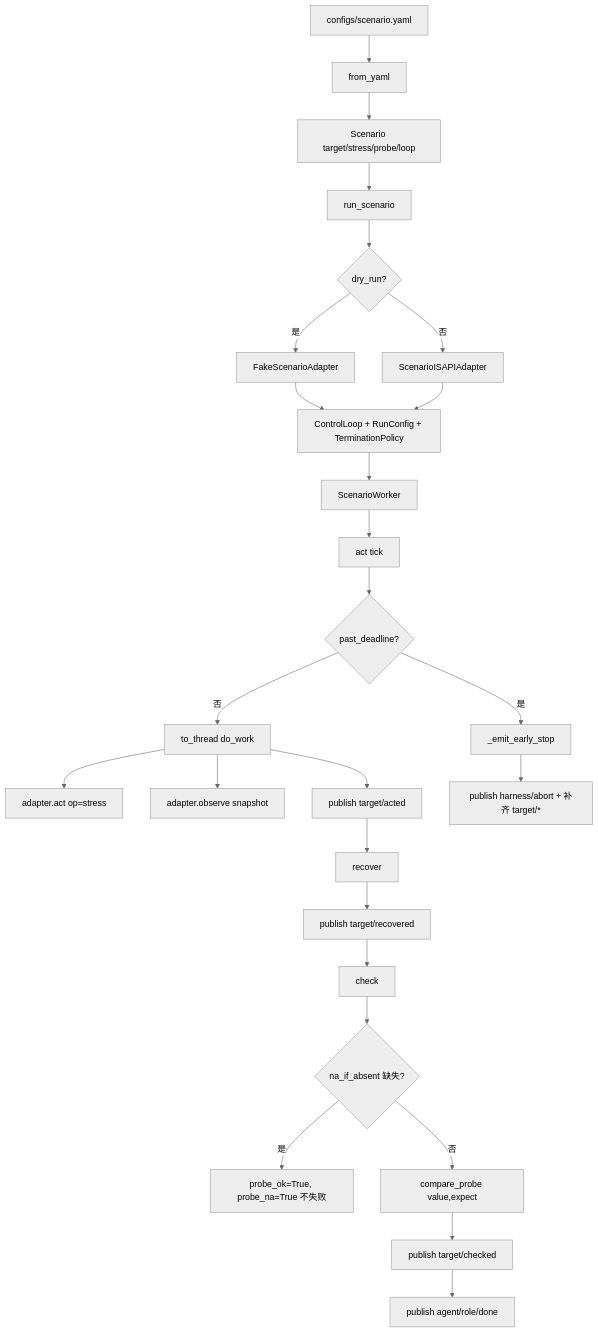
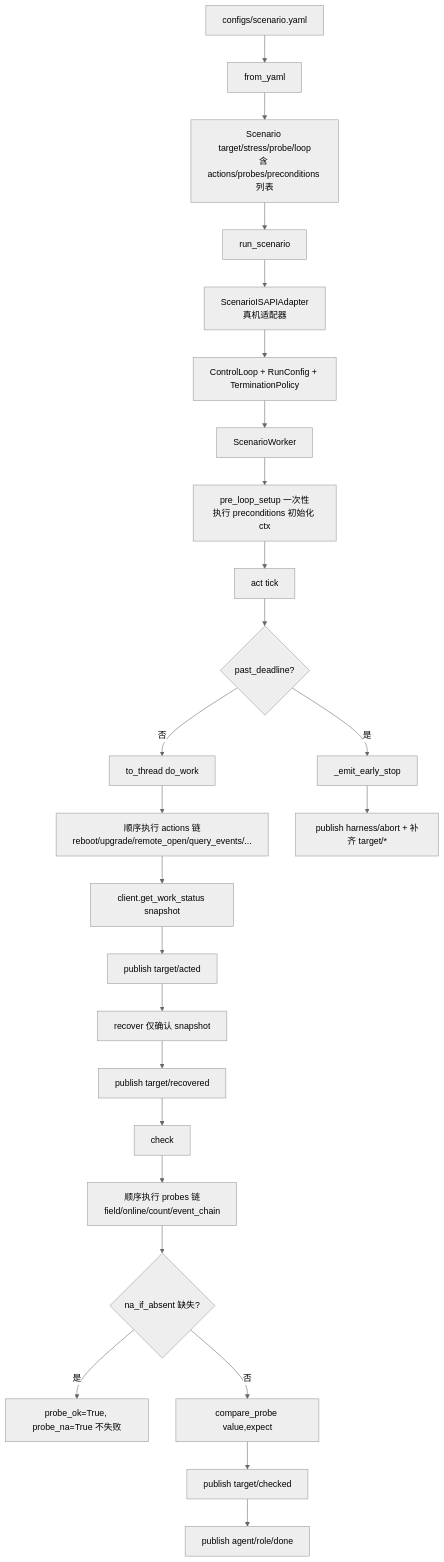
The eighth of 9 diagrams in docs/plans/事件链索引.md (sunbos/stability-check), drawn with Mermaid (neutral theme) before and after one commit. The commit also changed other lines of this file and 6 other files, not shown here.

````diff
--- a/docs/plans/事件链索引.md
+++ b/docs/plans/事件链索引.md
@@ -237,29 +240,28 @@
 ```mermaid
 flowchart TD
     YAML[configs/scenario.yaml] --> FY[from_yaml]
-    FY --> SC[Scenario target/stress/probe/loop]
+    FY --> SC[Scenario target/stress/probe/loop<br/>含 actions/probes/preconditions 列表]
     SC --> RS[run_scenario]
-    RS --> ADP{dry_run?}
-    ADP -->|是| FA[FakeScenarioAdapter]
-    ADP -->|否| SA[ScenarioISAPIAdapter]
-    FA --> CL[ControlLoop + RunConfig + TerminationPolicy]
-    SA --> CL
+    RS --> SA[ScenarioISAPIAdapter<br/>真机适配器]
+    SA --> CL[ControlLoop + RunConfig + TerminationPolicy]
     CL --> SW[ScenarioWorker]
-    SW --> ACT[act tick]
+    SW --> SETUP[pre_loop_setup 一次性<br/>执行 preconditions 初始化 ctx]
+    SETUP --> ACT[act tick]
 
     ACT --> ED{past_deadline?}
     ED -->|是| ES[_emit_early_stop]
     ED -->|否| DW[to_thread do_work]
-    DW --> ST[adapter.act op=stress]
-    DW --> OB[adapter.observe snapshot]
-    DW --> TA[publish target/acted]
-    TA --> RC[recover]
+    DW --> ACTS[顺序执行 actions 链<br/>reboot/upgrade/remote_open/query_events/...]
+    ACTS --> SNAP[client.get_work_status snapshot]
+    SNAP --> TA[publish target/acted]
+    TA --> RC[recover 仅确认 snapshot]
     RC --> TR[publish target/recovered]
     TR --> CK[check]
-    CK --> F1{na_if_absent 缺失?}
+    CK --> PROBES[顺序执行 probes 链<br/>field/online/count/event_chain]
+    PROBES --> F1{na_if_absent 缺失?}
     F1 -->|是| NA[probe_ok=True, probe_na=True 不失败]
     F1 -->|否| CP[compare_probe value,expect]
     CP --> TC[publish target/checked]
     TC --> DONE[publish agent/role/done]
     ES --> ESA[publish harness/abort + 补齐 target/*]
 ```
````
